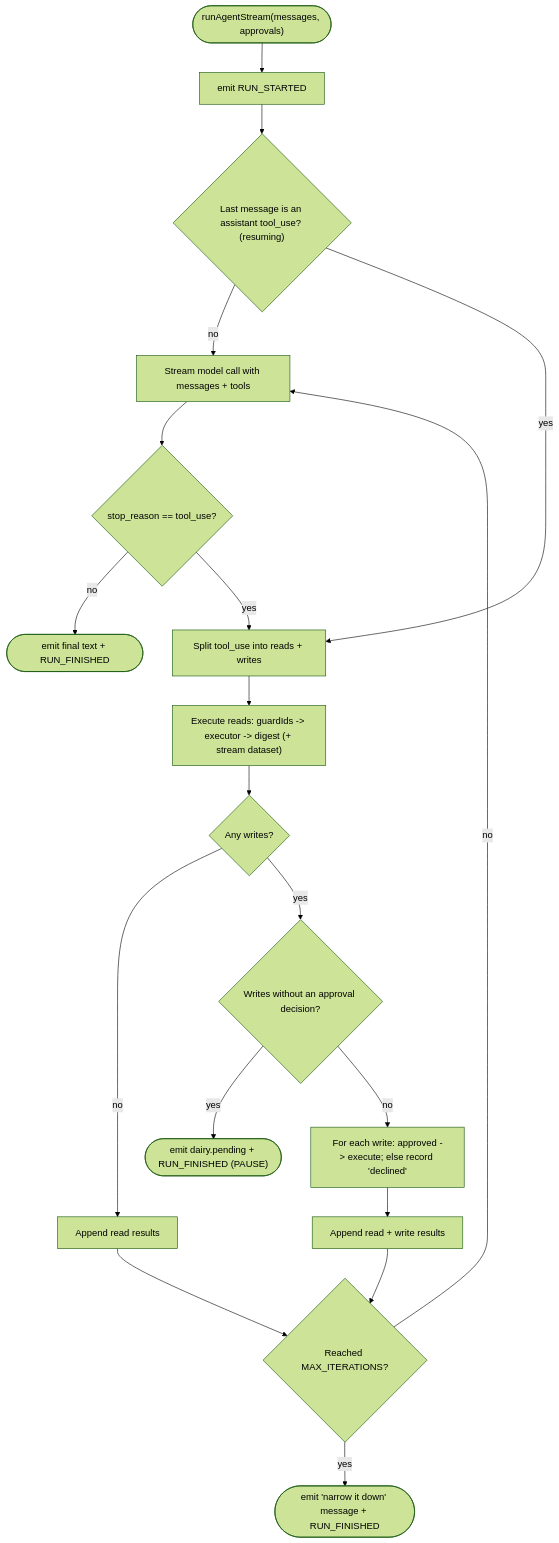
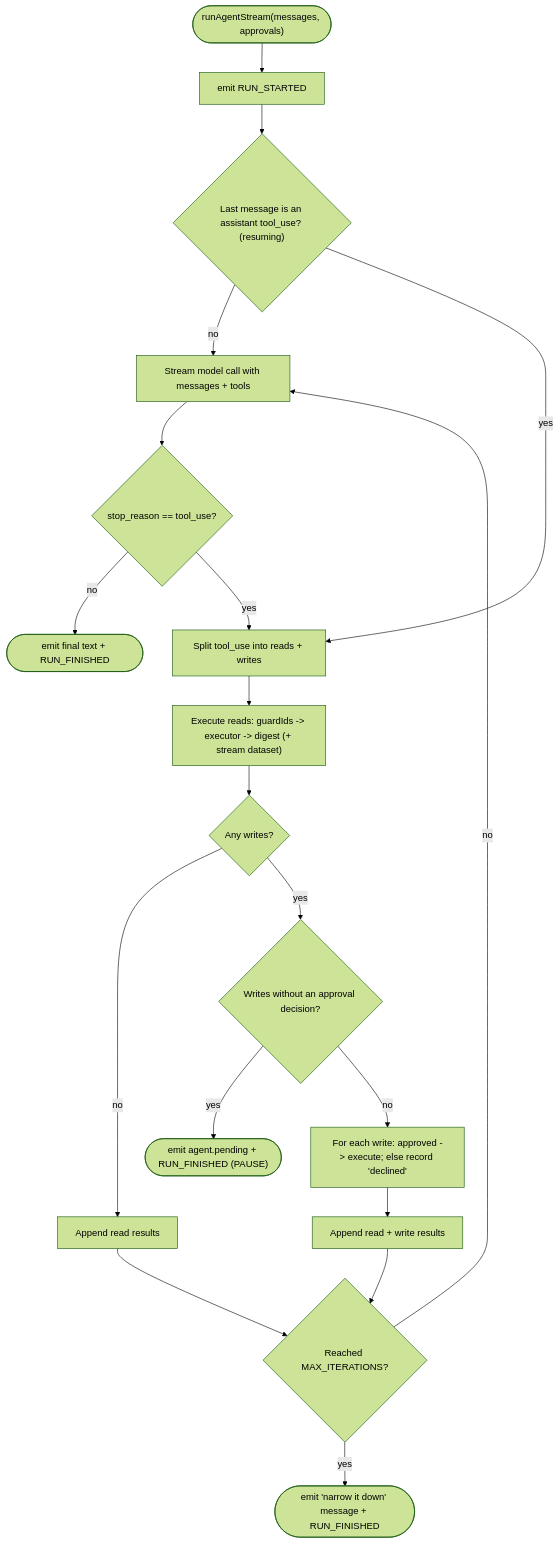
Before and after one commit to i-adnanali/dairy-agent: the third of 7 diagrams in docs/PROJECT_OVERVIEW.md, drawn with Mermaid (forest theme). The commit also changed other lines of this file and 5 other files, not shown here.

````diff
--- a/docs/PROJECT_OVERVIEW.md
+++ b/docs/PROJECT_OVERVIEW.md
@@ -127,24 +130,24 @@
 ```mermaid
 flowchart TD
     Start(["runAgentStream(messages, approvals)"]) --> Started["emit RUN_STARTED"]
     Started --> Resume{"Last message is an assistant tool_use? (resuming)"}
     Resume -- "no" --> Call["Stream model call with messages + tools"]
     Call --> Stop{"stop_reason == tool_use?"}
     Stop -- "no" --> Done(["emit final text + RUN_FINISHED"])
     Stop -- "yes" --> Split["Split tool_use into reads + writes"]
     Resume -- "yes" --> Split
 
     Split --> RunReads["Execute reads: guardIds -> executor -> digest (+ stream dataset)"]
     RunReads --> HasWrites{"Any writes?"}
     HasWrites -- "no" --> Feed["Append read results"]
     Feed --> Cap
 
     HasWrites -- "yes" --> Unresolved{"Writes without an approval decision?"}
-    Unresolved -- "yes" --> Pause(["emit dairy.pending + RUN_FINISHED (PAUSE)"])
+    Unresolved -- "yes" --> Pause(["emit agent.pending + RUN_FINISHED (PAUSE)"])
     Unresolved -- "no" --> Apply["For each write: approved -> execute; else record 'declined'"]
     Apply --> FeedW["Append read + write results"]
     FeedW --> Cap
 
     Cap{"Reached MAX_ITERATIONS?"} -- "no" --> Call
     Cap -- "yes" --> Narrow(["emit 'narrow it down' message + RUN_FINISHED"])
 ```
````
